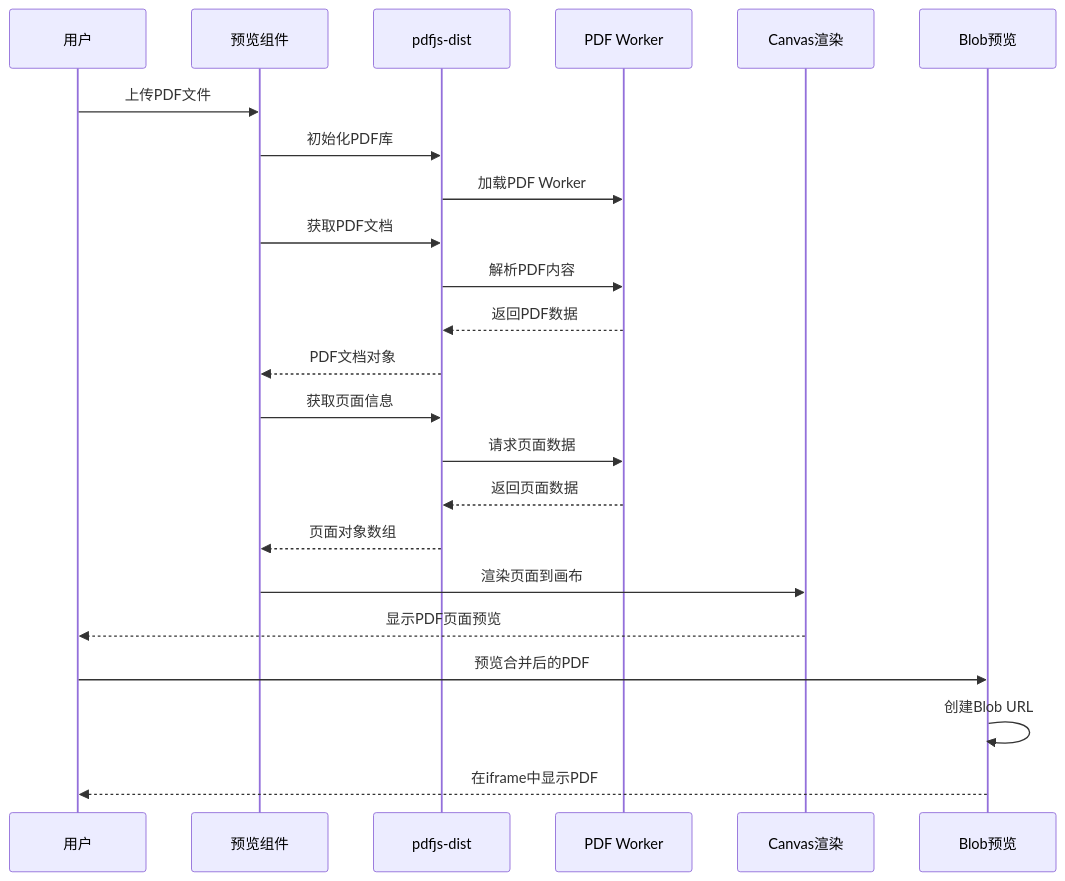
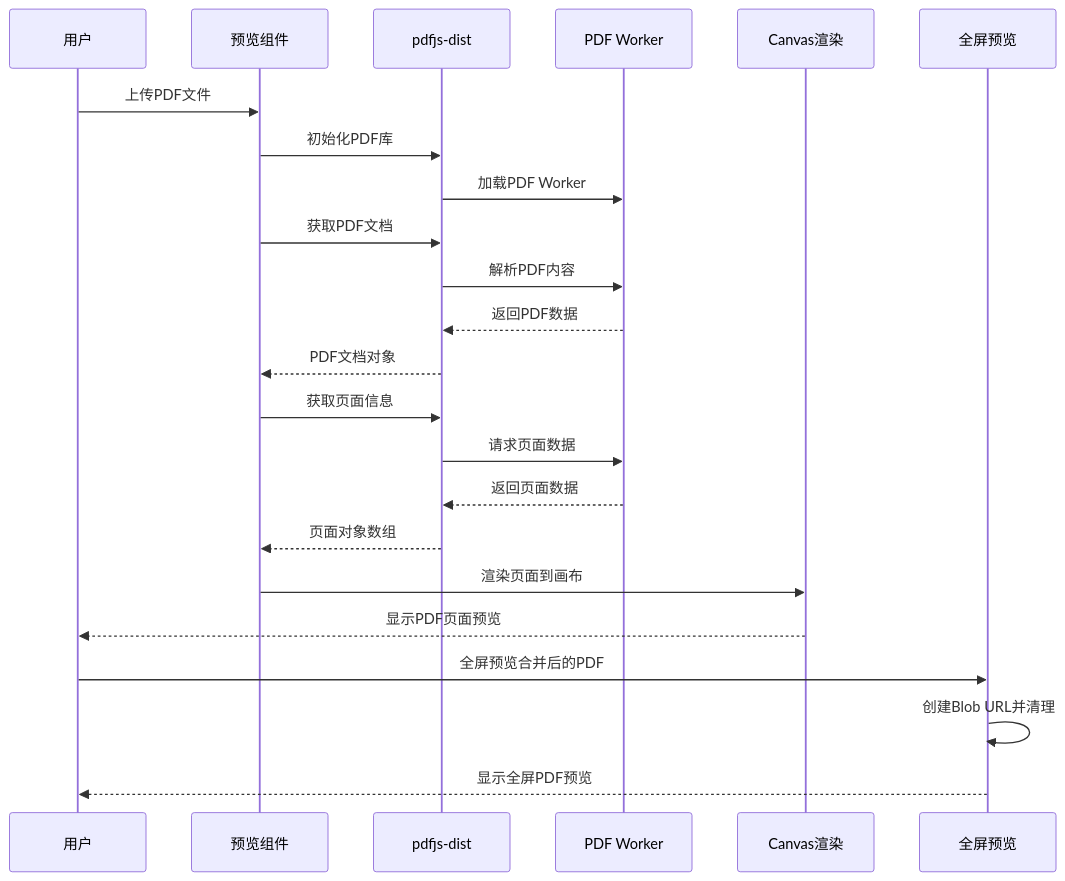
Before and after one commit to sgyy/privadeck: the second of 6 diagrams in .qoder/repowiki/zh/content/UI组件系统/共享组件/PDF文件预览组件.md, drawn with Mermaid. The commit also changed other lines of this file and 4 other files, not shown here.

````diff
--- a/.qoder/repowiki/zh/content/UI组件系统/共享组件/PDF文件预览组件.md
+++ b/.qoder/repowiki/zh/content/UI组件系统/共享组件/PDF文件预览组件.md
@@ -119,25 +127,25 @@
 ```mermaid
 sequenceDiagram
 participant User as 用户
 participant Preview as 预览组件
 participant Pdfjs as pdfjs-dist
 participant Worker as PDF Worker
 participant Canvas as Canvas渲染
-participant BlobPreview as Blob预览
+participant FullscreenPreview as 全屏预览
 User->>Preview : 上传PDF文件
 Preview->>Pdfjs : 初始化PDF库
 Pdfjs->>Worker : 加载PDF Worker
 Preview->>Pdfjs : 获取PDF文档
 Pdfjs->>Worker : 解析PDF内容
 Worker-->>Pdfjs : 返回PDF数据
 Pdfjs-->>Preview : PDF文档对象
 Preview->>Pdfjs : 获取页面信息
 Pdfjs->>Worker : 请求页面数据
 Worker-->>Pdfjs : 返回页面数据
 Pdfjs-->>Preview : 页面对象数组
 Preview->>Canvas : 渲染页面到画布
 Canvas-->>User : 显示PDF页面预览
-User->>BlobPreview : 预览合并后的PDF
-BlobPreview->>BlobPreview : 创建Blob URL
-BlobPreview-->>User : 在iframe中显示PDF
+User->>FullscreenPreview : 全屏预览合并后的PDF
+FullscreenPreview->>FullscreenPreview : 创建Blob URL并清理
+FullscreenPreview-->>User : 显示全屏PDF预览
 ```
````
